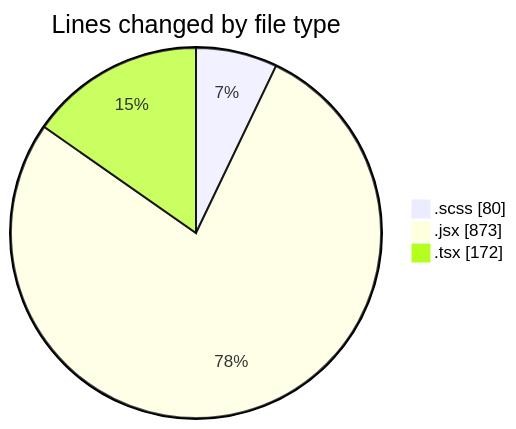
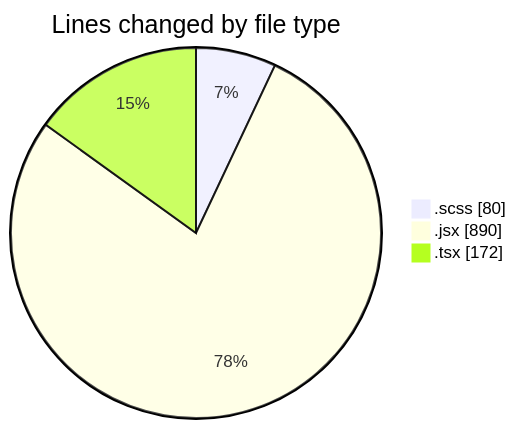
One commit to momahboobian/code-tracking changed the first of 2 diagrams in 2025-06-03/cda/README.md. Above: the diagram before and after it, drawn with Mermaid. The commit also changed other lines of this file and 1 other file, not shown here.

````diff
--- a/2025-06-03/cda/README.md
+++ b/2025-06-03/cda/README.md
@@ -23,7 +23,7 @@
 ```mermaid
 pie showData
 title Lines changed by file type
 ".scss" : 80
-".jsx" : 873
+".jsx" : 890
 ".tsx" : 172
 ```
````
